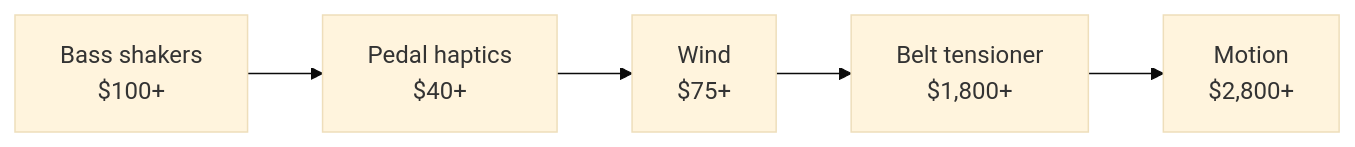
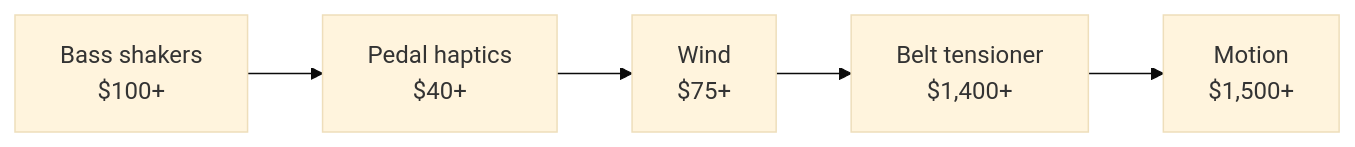
Before and after one commit to johnjp15/sim-racing-guide: the diagram in docs/components/immersion.md, drawn with Mermaid (base theme). The commit also changed other lines of this file and 24 other files, not shown here.

````diff
--- a/docs/components/immersion.md
+++ b/docs/components/immersion.md
@@ -18,4 +18,4 @@
 ```mermaid
 flowchart LR
-    A[Bass shakers<br>$100+] --> B[Pedal haptics<br>$40+] --> C[Wind<br>$75+] --> D[Belt tensioner<br>$1,800+] --> E[Motion<br>$2,800+]
+    A[Bass shakers<br>$100+] --> B[Pedal haptics<br>$40+] --> C[Wind<br>$75+] --> D[Belt tensioner<br>$1,400+] --> E[Motion<br>$1,500+]
 ```
````
